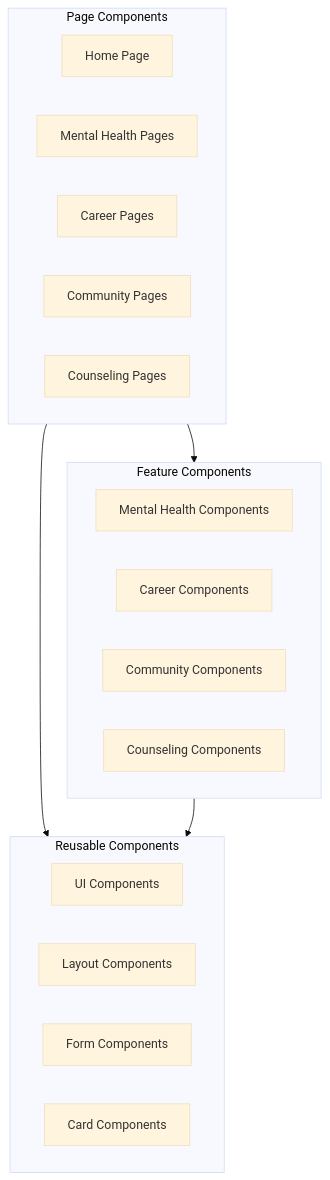
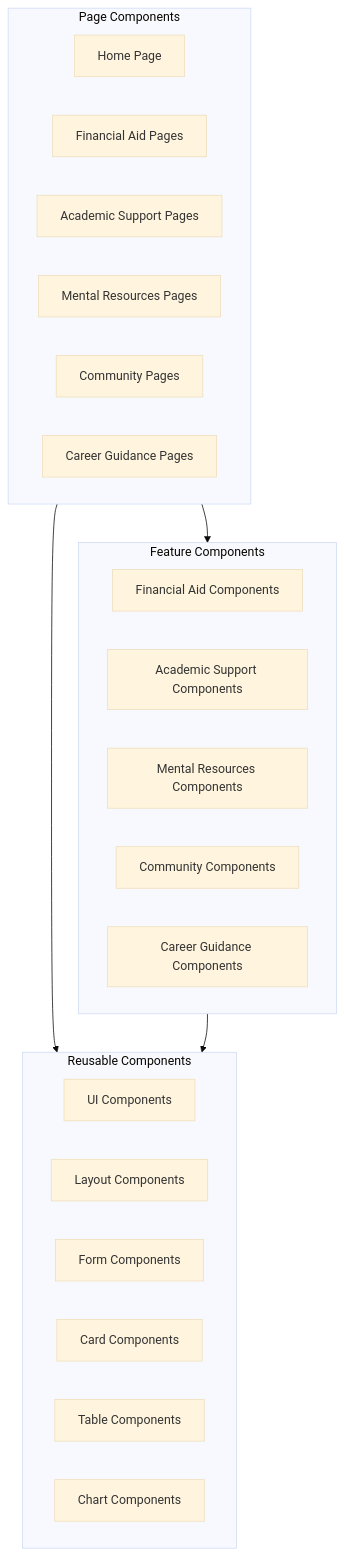
Before and after one commit to charankandukuri-52/The-Student-Voice: the second of 9 diagrams in HLDDiagram.md, drawn with Mermaid (base theme). The commit also changed other lines of this file, not shown here.

Commit message:
docs: Update HLD diagram with five main modules - Add Financial Aid module architecture - Add Academic Support module architecture - Add Mental Resources module architecture - Add Community module architecture - Add Career Guidance module architecture - Update technical stack and features

````diff
--- a/HLDDiagram.md
+++ b/HLDDiagram.md
@@ -49,28 +52,32 @@
 ```mermaid
 graph TB
     subgraph Pages["Page Components"]
         Home[Home Page]
-        MH[Mental Health Pages]
-        Career[Career Pages]
-        Community[Community Pages]
-        Counseling[Counseling Pages]
+        FA[Financial Aid Pages]
+        AS[Academic Support Pages]
+        MR[Mental Resources Pages]
+        CM[Community Pages]
+        CG[Career Guidance Pages]
     end
 
     subgraph Components["Reusable Components"]
         UI[UI Components]
         Layout[Layout Components]
         Forms[Form Components]
         Cards[Card Components]
+        Tables[Table Components]
+        Charts[Chart Components]
     end
 
     subgraph Features["Feature Components"]
-        MHComponents[Mental Health Components]
-        CareerComponents[Career Components]
-        CommunityComponents[Community Components]
-        CounselingComponents[Counseling Components]
+        FAComponents[Financial Aid Components]
+        ASComponents[Academic Support Components]
+        MRComponents[Mental Resources Components]
+        CMComponents[Community Components]
+        CGComponents[Career Guidance Components]
     end
 
     Pages --> Components
     Pages --> Features
     Features --> Components
 ```
````
